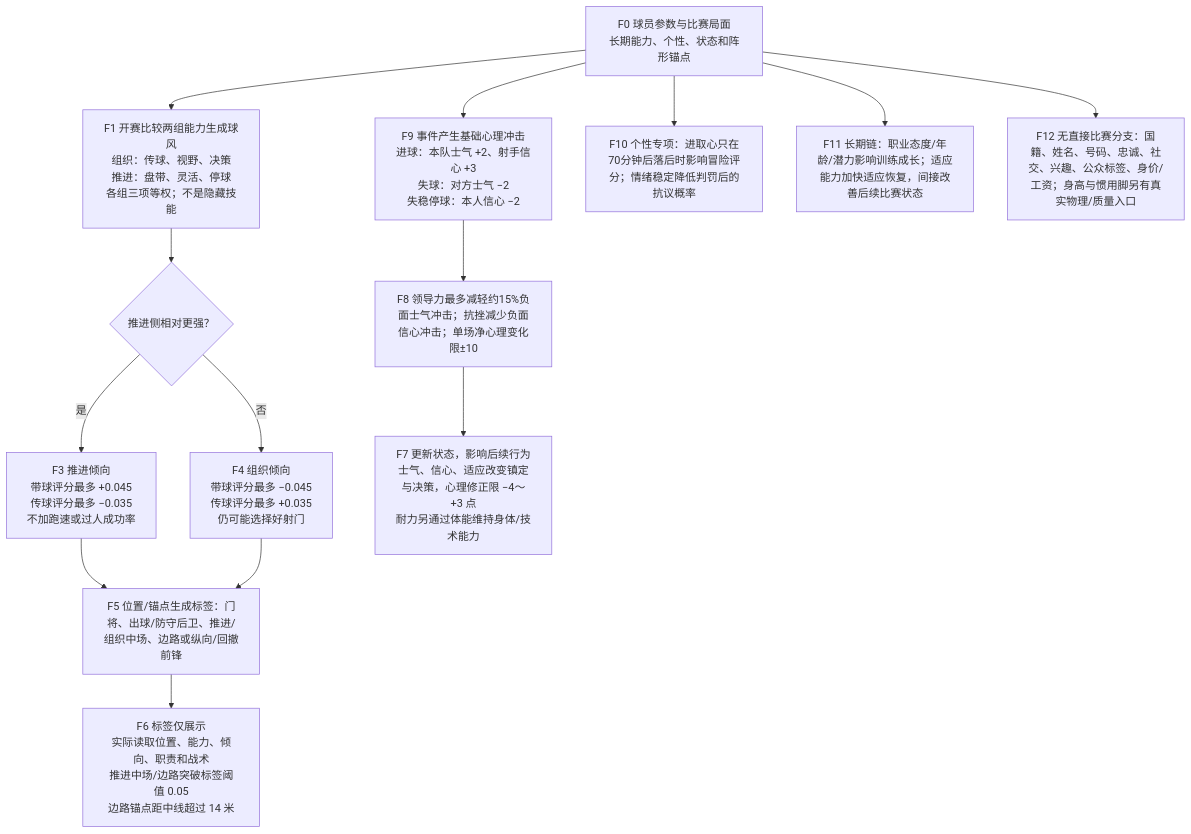
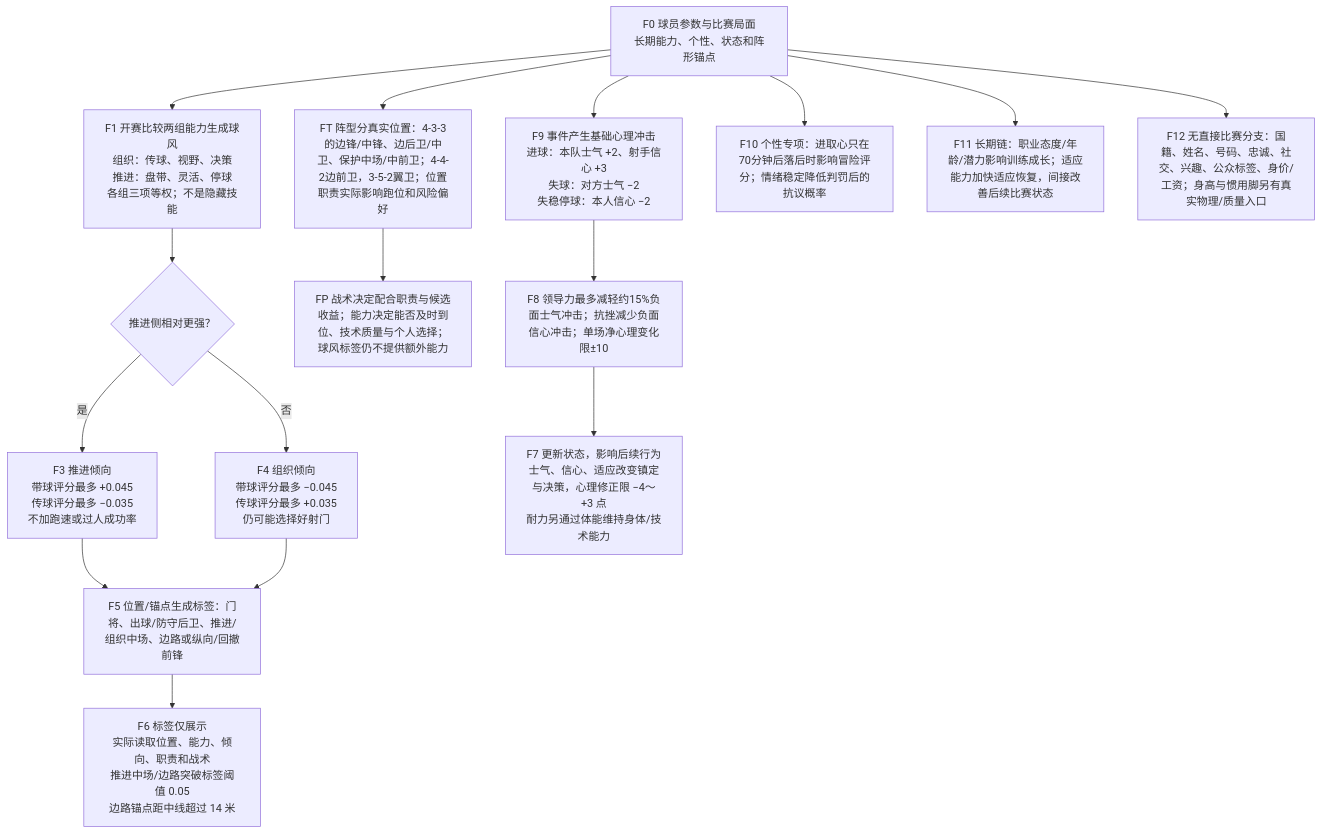
The sixth of 6 diagrams in packages/shared/modules/matches/design/PLAYER_DECISION_MAP.md (sixu3575/touchline-manager), drawn with Mermaid before and after one commit. The commit also changed other lines of this file and 43 other files, not shown here.

````diff
--- a/packages/shared/modules/matches/design/PLAYER_DECISION_MAP.md
+++ b/packages/shared/modules/matches/design/PLAYER_DECISION_MAP.md
@@ -297,16 +340,18 @@
 ```mermaid
 flowchart TD
   F0["F0 球员参数与比赛局面<br/>长期能力、个性、状态和阵形锚点"] --> F1["F1 开赛比较两组能力生成球风<br/>组织：传球、视野、决策<br/>推进：盘带、灵活、停球<br/>各组三项等权；不是隐藏技能"]
   F1 --> F2{"推进侧相对更强？"}
   F2 -->|是| F3["F3 推进倾向<br/>带球评分最多 +0.045<br/>传球评分最多 −0.035<br/>不加跑速或过人成功率"]
   F2 -->|否| F4["F4 组织倾向<br/>带球评分最多 −0.045<br/>传球评分最多 +0.035<br/>仍可能选择好射门"]
   F3 --> F5["F5 位置/锚点生成标签：门将、出球/防守后卫、推进/组织中场、边路或纵向/回撤前锋"]
   F4 --> F5
   F5 --> F6["F6 标签仅展示<br/>实际读取位置、能力、倾向、职责和战术<br/>推进中场/边路突破标签阈值 0.05<br/>边路锚点距中线超过 14 米"]
+  F0 --> FT["FT 阵型分真实位置：4-3-3的边锋/中锋、边后卫/中卫、保护中场/中前卫；4-4-2边前卫，3-5-2翼卫；位置职责实际影响跑位和风险偏好"]
+  FT --> FP["FP 战术决定配合职责与候选收益；能力决定能否及时到位、技术质量与个人选择；球风标签仍不提供额外能力"]
   F0 --> F9["F9 事件产生基础心理冲击<br/>进球：本队士气 +2、射手信心 +3<br/>失球：对方士气 −2<br/>失稳停球：本人信心 −2"]
   F9 --> F8["F8 领导力最多减轻约15%负面士气冲击；抗挫减少负面信心冲击；单场净心理变化限±10"]
   F8 --> F7["F7 更新状态，影响后续行为<br/>士气、信心、适应改变镇定与决策，心理修正限 −4～+3 点<br/>耐力另通过体能维持身体/技术能力"]
   F0 --> F10["F10 个性专项：进取心只在70分钟后落后时影响冒险评分；情绪稳定降低判罚后的抗议概率"]
   F0 --> F11["F11 长期链：职业态度/年龄/潜力影响训练成长；适应能力加快适应恢复，间接改善后续比赛状态"]
   F0 --> F12["F12 无直接比赛分支：国籍、姓名、号码、忠诚、社交、兴趣、公众标签、身价/工资；身高与惯用脚另有真实物理/质量入口"]
 ```
````
